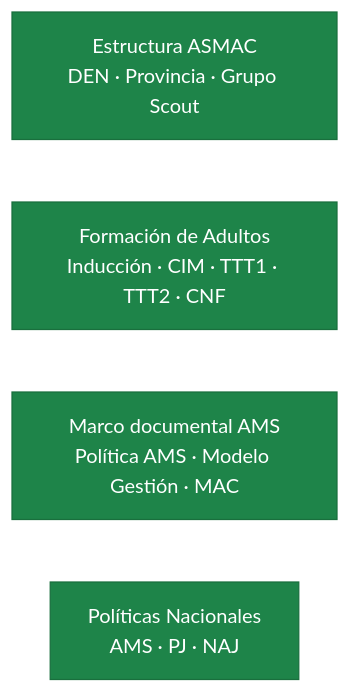
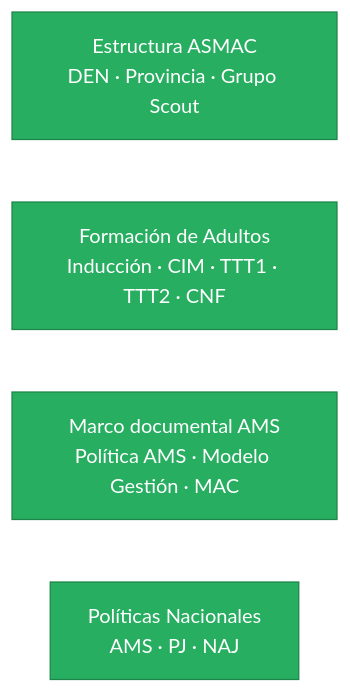
The fourth of 5 diagrams in docs/base-conocimiento/tips-para-todos/mapa-del-conocimiento.md (conecta-clanes/my-website), drawn with Mermaid (forest theme) before and after one commit. The commit also changed other lines of this file and 51 other files, not shown here.

````diff
--- a/docs/base-conocimiento/tips-para-todos/mapa-del-conocimiento.md
+++ b/docs/base-conocimiento/tips-para-todos/mapa-del-conocimiento.md
@@ -125,9 +125,9 @@
 ```mermaid
 flowchart LR
     A1["Estructura ASMAC<BR>DEN · Provincia · Grupo Scout"]
     A2["Formación de Adultos<BR>Inducción · CIM · TTT1 · TTT2 · CNF"]
     A3["Marco documental AMS<BR>Política AMS · Modelo Gestión · MAC"]
     A4["Políticas Nacionales<BR>AMS · PJ · NAJ"]
-    classDef h fill:#1e8449,stroke:#196f3d,color:#fff
+    classDef h fill:#27ae60,stroke:#1e8449,color:#fff
     class A1,A2,A3,A4 h
 ```
````
